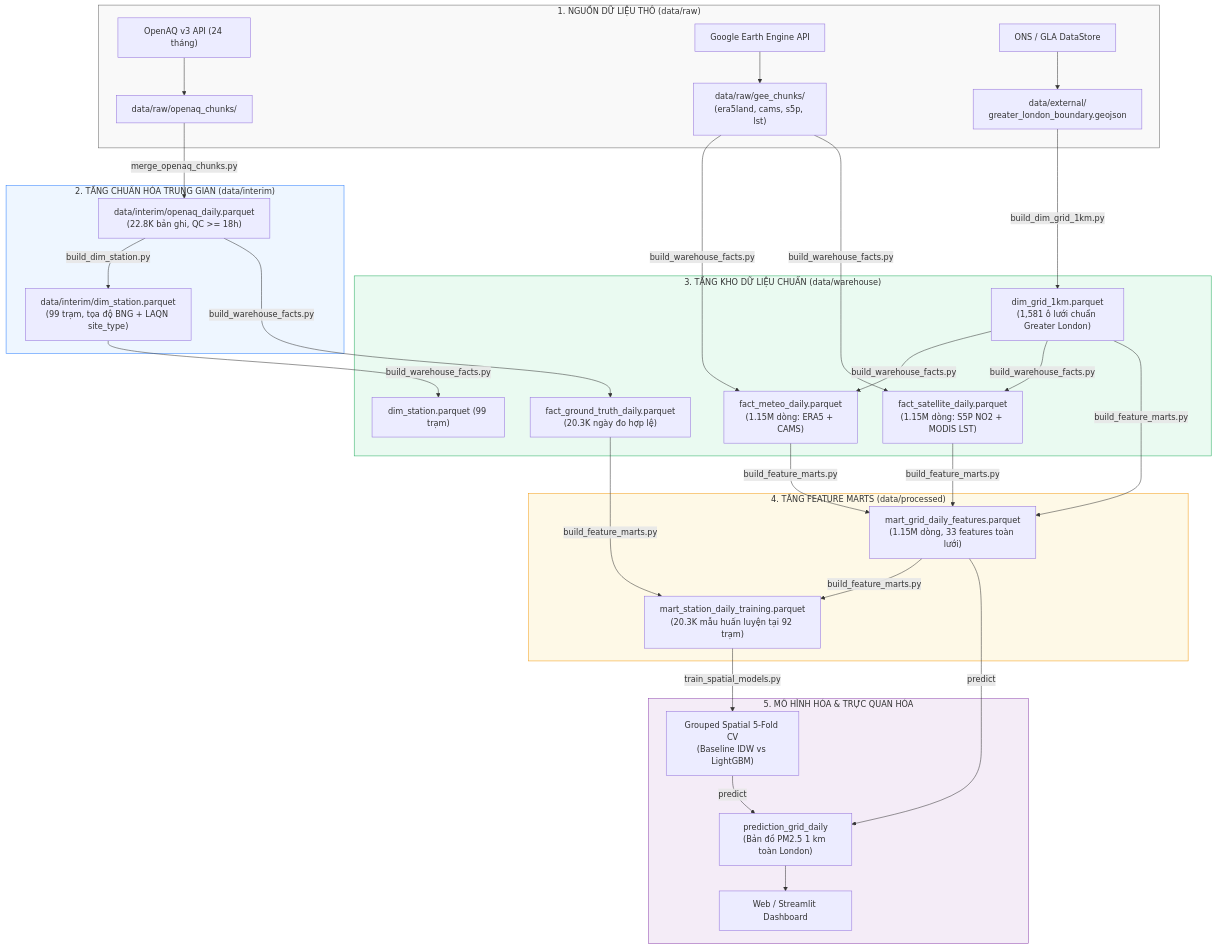
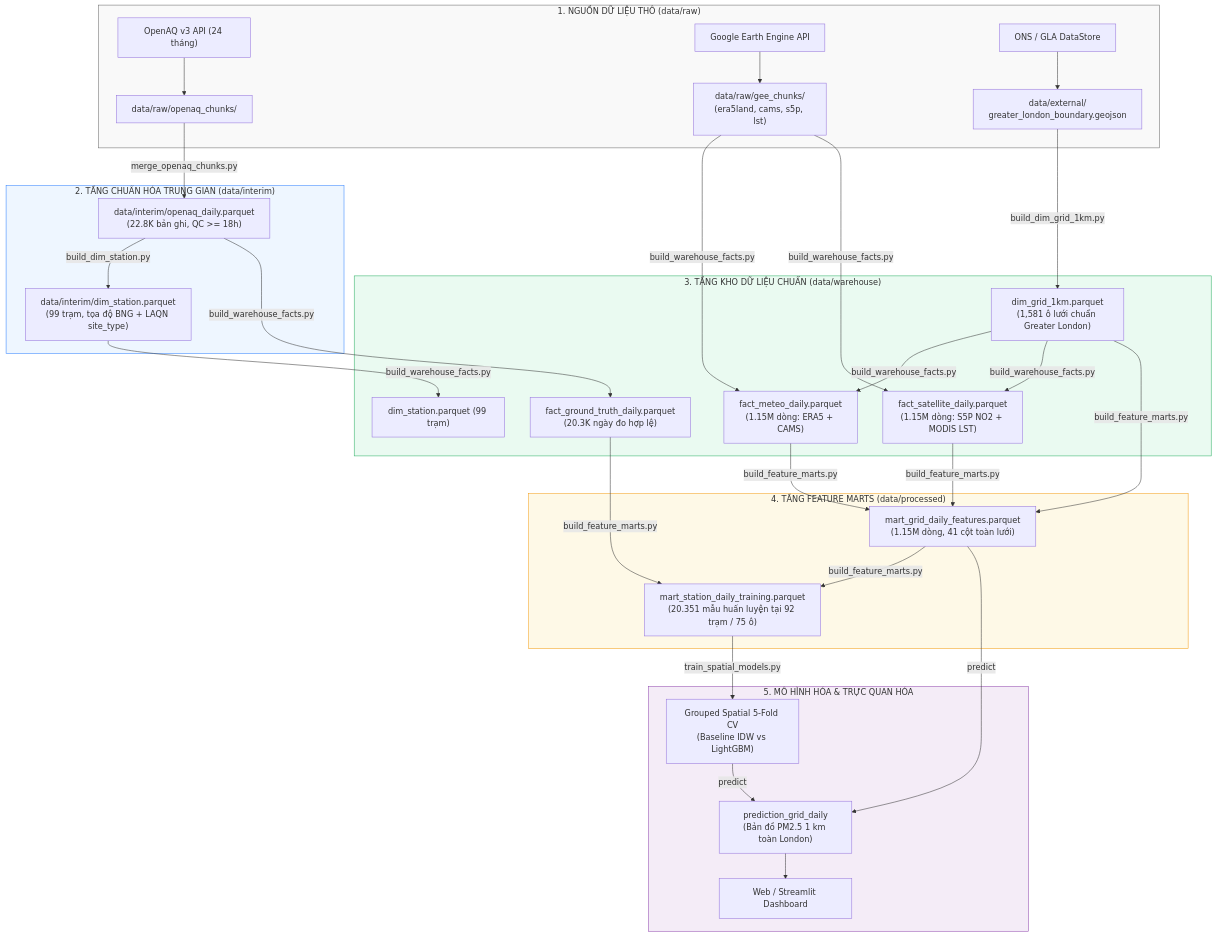
Before and after one commit to NguyenThinh06/pm25_london: the diagram in README.md, drawn with Mermaid. The commit also changed other lines of this file and 9 other files, not shown here.

Commit message:
docs: align data contract, schema, and project status

````diff
--- a/README.md
+++ b/README.md
@@ -83,38 +87,38 @@
 ```mermaid
 flowchart TD
     subgraph S1 ["1. NGUỒN DỮ LIỆU THÔ (data/raw)"]
         OAQ["OpenAQ v3 API (24 tháng)"] --> RAW_OAQ["data/raw/openaq_chunks/"]
         GEE["Google Earth Engine API"] --> RAW_GEE["data/raw/gee_chunks/<br/>(era5land, cams, s5p, lst)"]
         ONS["ONS / GLA DataStore"] --> EXT_BND["data/external/<br/>greater_london_boundary.geojson"]
     end
 
     subgraph S2 ["2. TẦNG CHUẨN HÓA TRUNG GIAN (data/interim)"]
         RAW_OAQ -->|merge_openaq_chunks.py| INT_OAQ["data/interim/openaq_daily.parquet<br/>(22.8K bản ghi, QC >= 18h)"]
         INT_OAQ -->|build_dim_station.py| INT_ST["data/interim/dim_station.parquet<br/>(99 trạm, tọa độ BNG + LAQN site_type)"]
     end
 
     subgraph S3 ["3. TẦNG KHO DỮ LIỆU CHUẨN (data/warehouse)"]
         EXT_BND -->|build_dim_grid_1km.py| WH_GRID["dim_grid_1km.parquet<br/>(1,581 ô lưới chuẩn Greater London)"]
         INT_ST -->|build_warehouse_facts.py| WH_ST["dim_station.parquet (99 trạm)"]
         INT_OAQ -->|build_warehouse_facts.py| WH_GT["fact_ground_truth_daily.parquet<br/>(20.3K ngày đo hợp lệ)"]
         RAW_GEE & WH_GRID -->|build_warehouse_facts.py| WH_METEO["fact_meteo_daily.parquet<br/>(1.15M dòng: ERA5 + CAMS)"]
         RAW_GEE & WH_GRID -->|build_warehouse_facts.py| WH_SAT["fact_satellite_daily.parquet<br/>(1.15M dòng: S5P NO2 + MODIS LST)"]
     end
 
     subgraph S4 ["4. TẦNG FEATURE MARTS (data/processed)"]
-        WH_GRID & WH_METEO & WH_SAT -->|build_feature_marts.py| MART_GRID["mart_grid_daily_features.parquet<br/>(1.15M dòng, 33 features toàn lưới)"]
-        WH_GT & MART_GRID -->|build_feature_marts.py| MART_TRAIN["mart_station_daily_training.parquet<br/>(20.3K mẫu huấn luyện tại 92 trạm)"]
+        WH_GRID & WH_METEO & WH_SAT -->|build_feature_marts.py| MART_GRID["mart_grid_daily_features.parquet<br/>(1.15M dòng, 41 cột toàn lưới)"]
+        WH_GT & MART_GRID -->|build_feature_marts.py| MART_TRAIN["mart_station_daily_training.parquet<br/>(20.351 mẫu huấn luyện tại 92 trạm / 75 ô)"]
     end
 
     subgraph S5 ["5. MÔ HÌNH HÓA & TRỰC QUAN HÓA"]
         MART_TRAIN -->|train_spatial_models.py| MODEL["Grouped Spatial 5-Fold CV<br/>(Baseline IDW vs LightGBM)"]
         MODEL & MART_GRID -->|predict| PRED["prediction_grid_daily<br/>(Bản đồ PM2.5 1 km toàn London)"]
         PRED --> DASH["Web / Streamlit Dashboard"]
     end
 
     style S1 fill:#f9f9f9,stroke:#666,stroke-width:1px
     style S2 fill:#eef6ff,stroke:#2b7fff,stroke-width:1px
     style S3 fill:#eafaf1,stroke:#27ae60,stroke-width:1px
     style S4 fill:#fef9e7,stroke:#f39c12,stroke-width:1px
     style S5 fill:#f4ecf7,stroke:#8e44ad,stroke-width:1px
 ```
````
